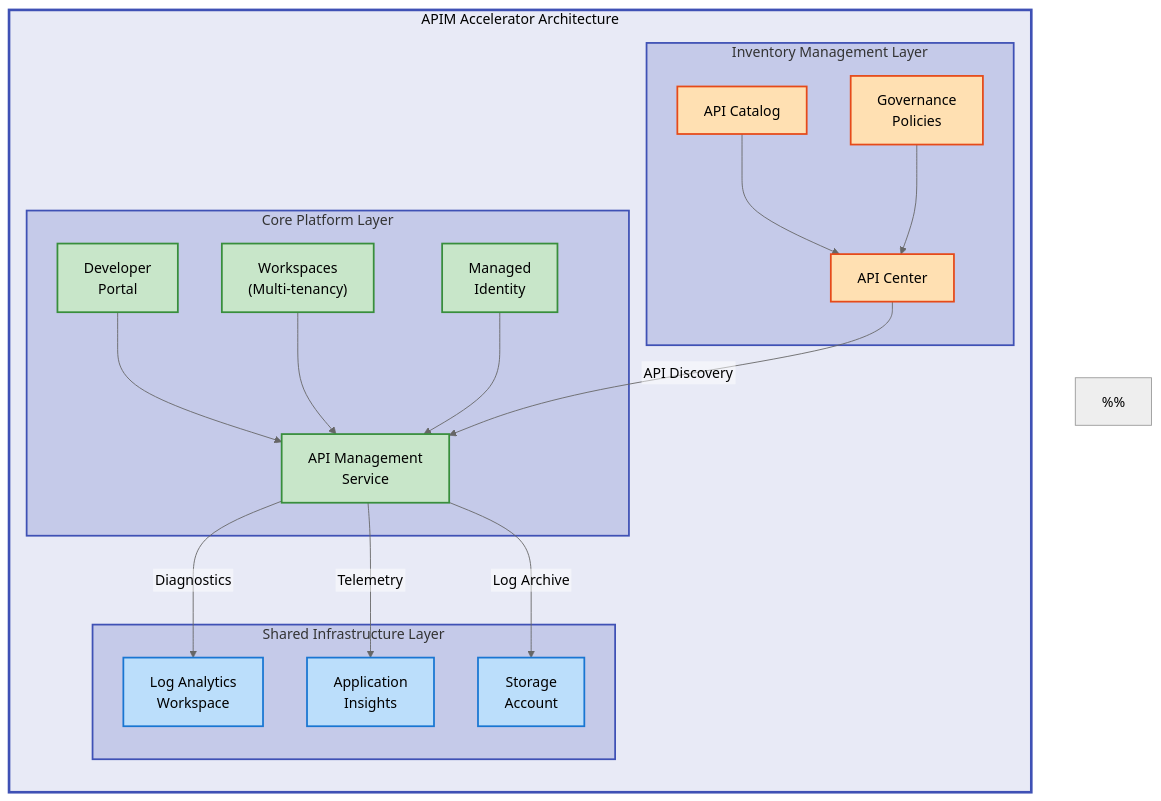
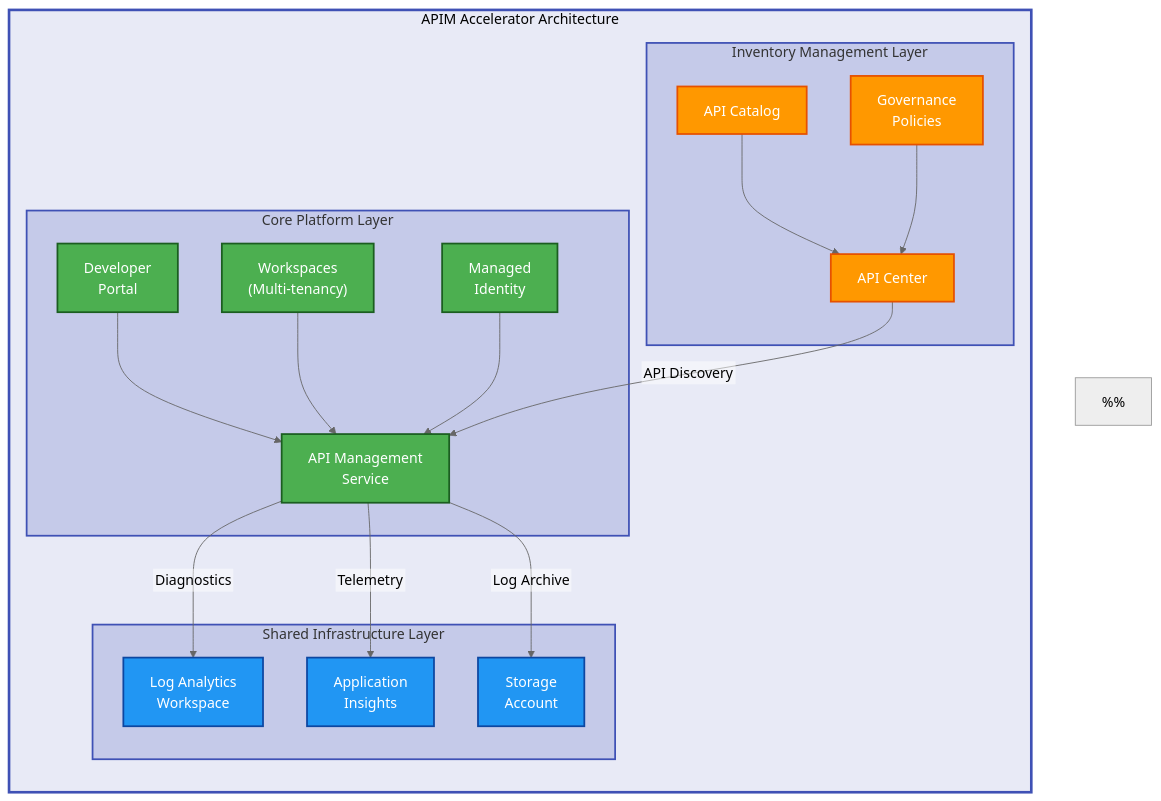
Before and after one commit to Evilazaro/APIM-Accelerator: the diagram in README.md, drawn with Mermaid (neutral theme).

Commit message:
Enhance color scheme in flowchart documentation in README.md for improved contrast and clarity

````diff
--- a/README.md
+++ b/README.md
@@ -169,81 +169,81 @@
 ```mermaid
 %%{init: {"flowchart": {"htmlLabels": false}} }%%
 flowchart TB
     %% ============================================
     %% STANDARD COLOR SCHEME - DO NOT MODIFY
     %% ============================================
     %% Main Group Level (Neutral background)
     classDef mainGroup fill:#E8EAF6,stroke:#3F51B5,stroke-width:3px,color:#000
 
     %% Sub Group Level
     classDef subGroup fill:#C5CAE9,stroke:#3F51B5,stroke-width:2px,color:#000
 
-    %% Content Level (Semantic colors)
-    classDef mdBlue fill:#BBDEFB,stroke:#1976D2,stroke-width:2px,color:#000
-    classDef mdGreen fill:#C8E6C9,stroke:#388E3C,stroke-width:2px,color:#000
-    classDef mdRed fill:#FFCDD2,stroke:#D32F2F,stroke-width:2px,color:#000
-    classDef mdYellow fill:#FFF9C4,stroke:#F57F17,stroke-width:2px,color:#000
-    classDef mdOrange fill:#FFE0B2,stroke:#E64A19,stroke-width:2px,color:#000
-    classDef mdPurple fill:#E1BEE7,stroke:#7B1FA2,stroke-width:2px,color:#000
-    classDef mdTeal fill:#B2DFDB,stroke:#00796B,stroke-width:2px,color:#000
-    classDef mdGrey fill:#F5F5F5,stroke:#616161,stroke-width:2px,color:#000
+    %% Content Level (Semantic colors - using darker/saturated fills for contrast)
+    classDef mdBlue fill:#2196F3,stroke:#0D47A1,stroke-width:2px,color:#FFF
+    classDef mdGreen fill:#4CAF50,stroke:#1B5E20,stroke-width:2px,color:#FFF
+    classDef mdRed fill:#F44336,stroke:#B71C1C,stroke-width:2px,color:#FFF
+    classDef mdYellow fill:#FFEB3B,stroke:#F57F17,stroke-width:2px,color:#000
+    classDef mdOrange fill:#FF9800,stroke:#E65100,stroke-width:2px,color:#FFF
+    classDef mdPurple fill:#9C27B0,stroke:#4A148C,stroke-width:2px,color:#FFF
+    classDef mdTeal fill:#009688,stroke:#004D40,stroke-width:2px,color:#FFF
+    classDef mdGrey fill:#757575,stroke:#212121,stroke-width:2px,color:#FFF
     %% ============================================
     %% COLOR SCHEME DOCUMENTATION
     %% ============================================
     %% Level 1 (Main Groups): Indigo 50 (#E8EAF6)
     %%   - Used for: Top-level architecture container
     %%   - Purpose: Visual hierarchy and separation
     %%   - Stroke: Indigo 500 (#3F51B5), 3px
     %%
     %% Level 2 (Sub Groups): Indigo 100 (#C5CAE9)
     %%   - Used for: Layer groupings (shared, core, inventory)
     %%   - Stroke: Indigo 500 (#3F51B5), 2px
     %%
     %% Level 3 (Content): Material Design semantic colors
-    %%   - Blue (#BBDEFB): Shared infrastructure components
-    %%   - Green (#C8E6C9): Core platform services
-    %%   - Orange (#FFE0B2): Inventory management components
+    %%   - Blue (#2196F3): Shared infrastructure components - Vibrant blue
+    %%   - Green (#4CAF50): Core platform services - Vibrant green
+    %%   - Orange (#FF9800): Inventory management components - Vibrant orange
     %% ============================================
 
     subgraph system["APIM Accelerator Architecture"]
         direction TB
 
         subgraph shared["Shared Infrastructure Layer"]
             logs["Log Analytics<br/>Workspace"]:::mdBlue
             insights["Application<br/>Insights"]:::mdBlue
             storage["Storage<br/>Account"]:::mdBlue
         end
 
         subgraph core["Core Platform Layer"]
             apim["API Management<br/>Service"]:::mdGreen
             identity["Managed<br/>Identity"]:::mdGreen
             portal["Developer<br/>Portal"]:::mdGreen
             workspace["Workspaces<br/>(Multi-tenancy)"]:::mdGreen
         end
 
         subgraph inventory["Inventory Management Layer"]
             apicenter["API Center"]:::mdOrange
             catalog["API Catalog"]:::mdOrange
             governance["Governance<br/>Policies"]:::mdOrange
         end
 
         apim -->|"Diagnostics"| logs
         apim -->|"Telemetry"| insights
         apim -->|"Log Archive"| storage
         portal --> apim
         workspace --> apim
         identity --> apim
         apicenter -->|"API Discovery"| apim
         catalog --> apicenter
         governance --> apicenter
     end
 
     %% Apply styling - main group and subgroups
     class system mainGroup
     class shared,core,inventory subGroup
 
     %% Apply inline styling to ensure nested subgraphs render with visible backgrounds
     style shared fill:#C5CAE9,stroke:#3F51B5,stroke-width:2px
     style core fill:#C5CAE9,stroke:#3F51B5,stroke-width:2px
     style inventory fill:#C5CAE9,stroke:#3F51B5,stroke-width:2px
 ```
````
